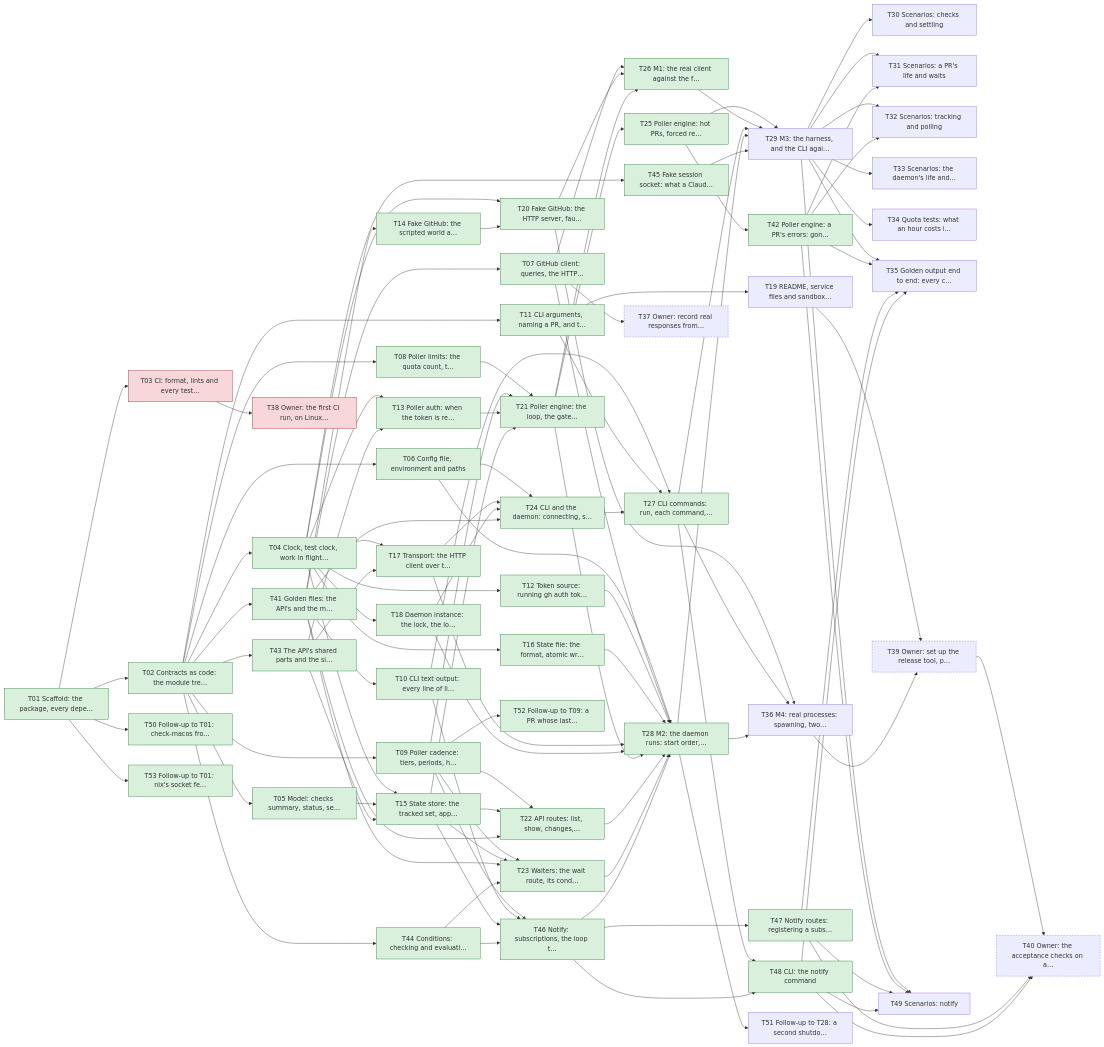
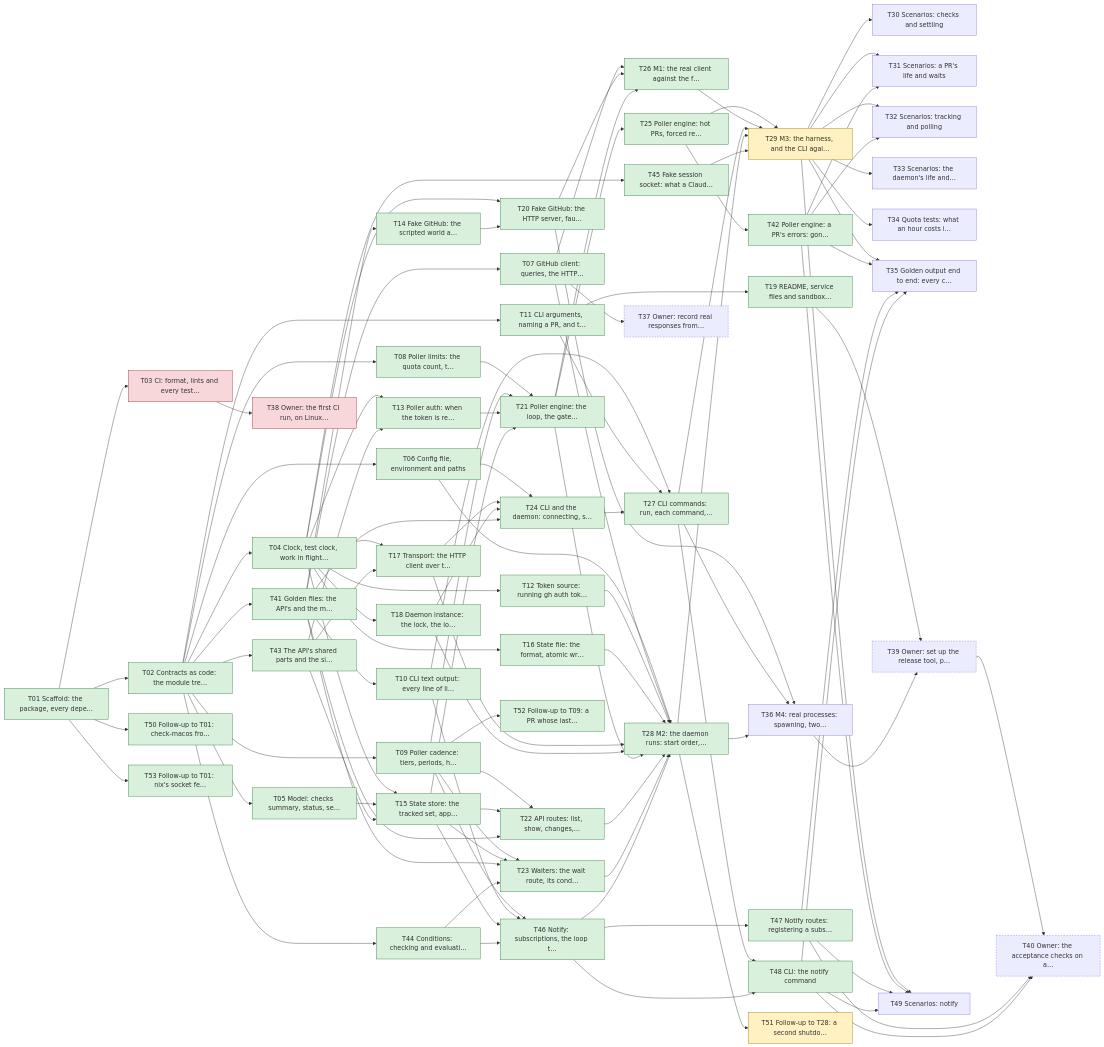
Before and after one commit to yachiko/circitor: the diagram in plan/README.md, drawn with Mermaid. The commit also changed other lines of this file and 4 other files, not shown here.

```diff
--- a/plan/README.md
+++ b/plan/README.md
@@ -158,7 +158,7 @@
   T16["T16 State file: the format, atomic wr…"]:::done
   T17["T17 Transport: the HTTP client over t…"]:::done
   T18["T18 Daemon instance: the lock, the lo…"]:::done
-  T19["T19 README, service files and sandbox…"]
+  T19["T19 README, service files and sandbox…"]:::done
   T20["T20 Fake GitHub: the HTTP server, fau…"]:::done
   T21["T21 Poller engine: the loop, the gate…"]:::done
   T22["T22 API routes: list, show, changes,…"]:::done
@@ -168,7 +168,7 @@
   T26["T26 M1: the real client against the f…"]:::done
   T27["T27 CLI commands: run, each command,…"]:::done
   T28["T28 M2: the daemon runs: start order,…"]:::done
-  T29["T29 M3: the harness, and the CLI agai…"]
+  T29["T29 M3: the harness, and the CLI agai…"]:::active
   T30["T30 Scenarios: checks and settling"]
   T31["T31 Scenarios: a PR's life and waits"]
   T32["T32 Scenarios: tracking and polling"]
@@ -190,7 +190,7 @@
   T48["T48 CLI: the notify command"]:::done
   T49["T49 Scenarios: notify"]
   T50["T50 Follow-up to T01: check-macos fro…"]:::done
-  T51["T51 Follow-up to T28: a second shutdo…"]
+  T51["T51 Follow-up to T28: a second shutdo…"]:::active
   T52["T52 Follow-up to T09: a PR whose last…"]:::done
   T53["T53 Follow-up to T01: nix's socket fe…"]:::done
   T01 --> T02
```
